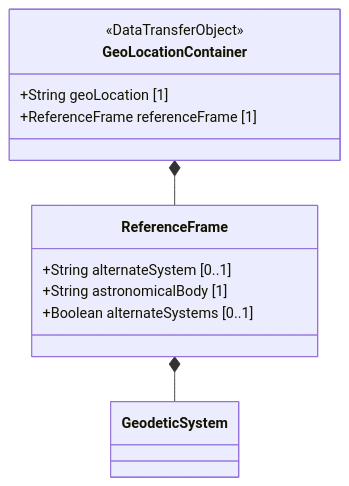
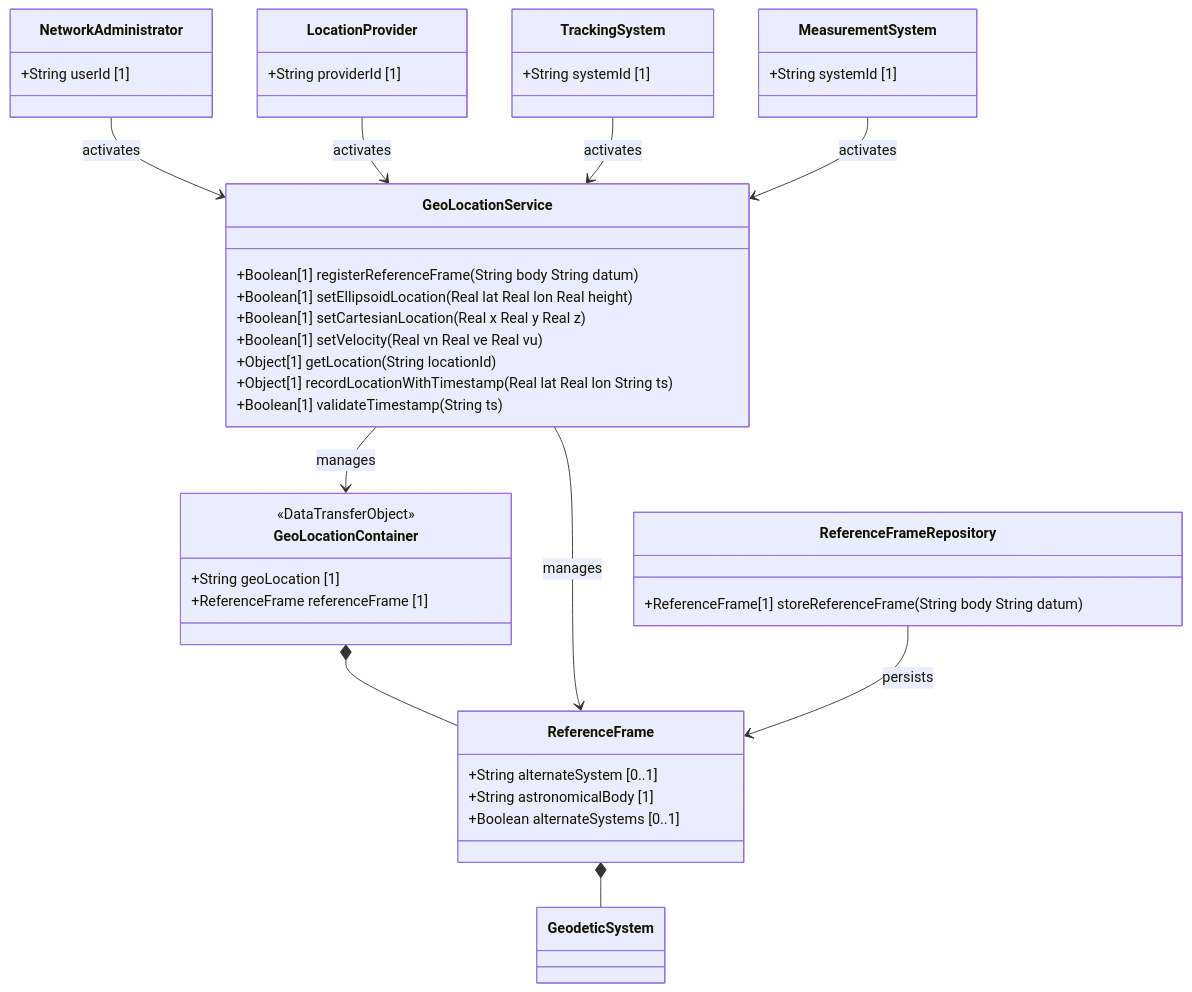
Before and after one commit to gintatkinson/3dgs-011: the diagram in docs/features/feat-01-celestial-body-alternate-system.md, drawn with Mermaid. The commit also changed 16 other files, not shown here.

Commit message:
docs: add behavioral user stories -- Phase 2 for RFC 9179 geo-location

````diff
--- a/docs/features/feat-01-celestial-body-alternate-system.md
+++ b/docs/features/feat-01-celestial-body-alternate-system.md
@@ -20,15 +20,46 @@
 ```mermaid
 classDiagram
     class GeoLocationContainer {
         <<DataTransferObject>>
         +String geoLocation [1]
         +ReferenceFrame referenceFrame [1]
     }
     class ReferenceFrame {
         +String alternateSystem [0..1]
         +String astronomicalBody [1]
         +Boolean alternateSystems [0..1]
     }
     GeoLocationContainer *-- ReferenceFrame
     ReferenceFrame *-- GeodeticSystem
+    class GeoLocationService {
+        +Boolean[1] registerReferenceFrame(String body String datum)
+        +Boolean[1] setEllipsoidLocation(Real lat Real lon Real height)
+        +Boolean[1] setCartesianLocation(Real x Real y Real z)
+        +Boolean[1] setVelocity(Real vn Real ve Real vu)
+        +Object[1] getLocation(String locationId)
+        +Object[1] recordLocationWithTimestamp(Real lat Real lon String ts)
+        +Boolean[1] validateTimestamp(String ts)
+    }
+    class ReferenceFrameRepository {
+        +ReferenceFrame[1] storeReferenceFrame(String body String datum)
+    }
+    class NetworkAdministrator {
+        +String userId [1]
+    }
+    class LocationProvider {
+        +String providerId [1]
+    }
+    class TrackingSystem {
+        +String systemId [1]
+    }
+    class MeasurementSystem {
+        +String systemId [1]
+    }
+    GeoLocationService --> ReferenceFrame : manages
+    GeoLocationService --> GeoLocationContainer : manages
+    ReferenceFrameRepository --> ReferenceFrame : persists
+    NetworkAdministrator --> GeoLocationService : activates
+    LocationProvider --> GeoLocationService : activates
+    TrackingSystem --> GeoLocationService : activates
+    MeasurementSystem --> GeoLocationService : activates
 ```
````
